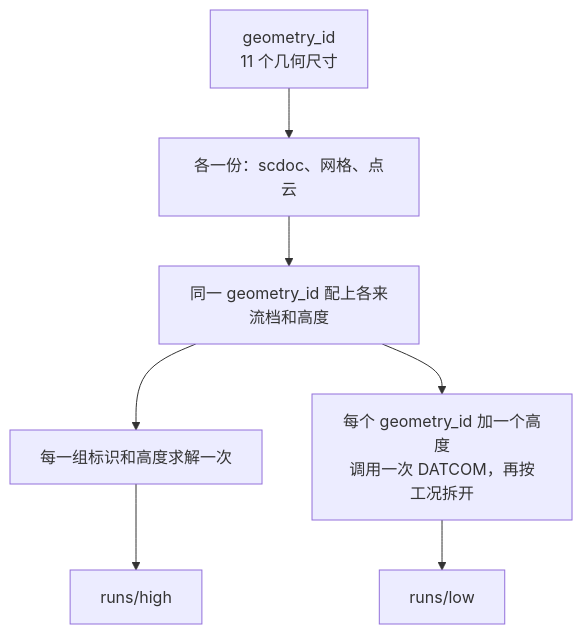
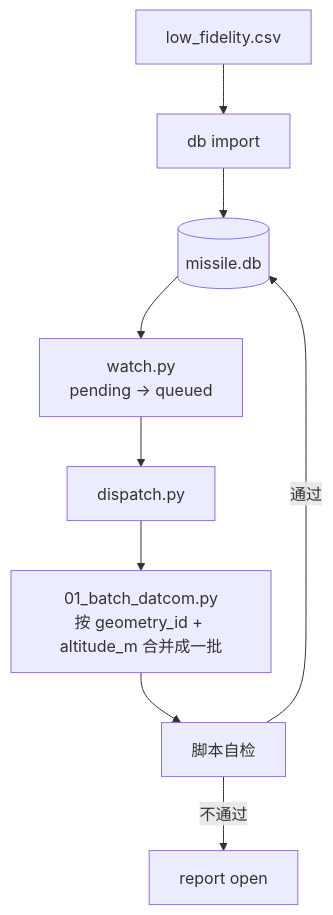
The second of 3 diagrams in myplan.md (Chen-Xin-Yuan/AutoWorkflow-Spaceclaim-Fluent-ML), drawn with Mermaid before and after one commit. The commit also changed other lines of this file and 78 other files, not shown here.

````diff
--- a/myplan.md
+++ b/myplan.md
@@ -163,15 +426,11 @@
 ```mermaid
 flowchart TD
-  geom["geometry_id<br/>11 个几何尺寸"]
-  shared["各一份：scdoc、网格、点云"]
-  cases["同一 geometry_id 配上各来流档和高度"]
-  hq["每一组标识和高度求解一次"]
-  lq["每个 geometry_id 加一个高度<br/>调用一次 DATCOM，再按工况拆开"]
-
-  geom --> shared
-  shared --> cases
-  cases --> hq
-  cases --> lq
-  hq --> high["runs/high"]
-  lq --> low["runs/low"]
+  csv["low_fidelity.csv"] --> imp["db import"]
+  imp --> db[("missile.db")]
+  db --> wat["watch.py<br/>pending → queued"]
+  wat --> dis["dispatch.py"]
+  dis --> batch["01_batch_datcom.py<br/>按 geometry_id + altitude_m 合并成一批"]
+  batch --> chk["脚本自检"]
+  chk -->|不通过| rep["report open"]
+  chk -->|通过| db
 ```
````
